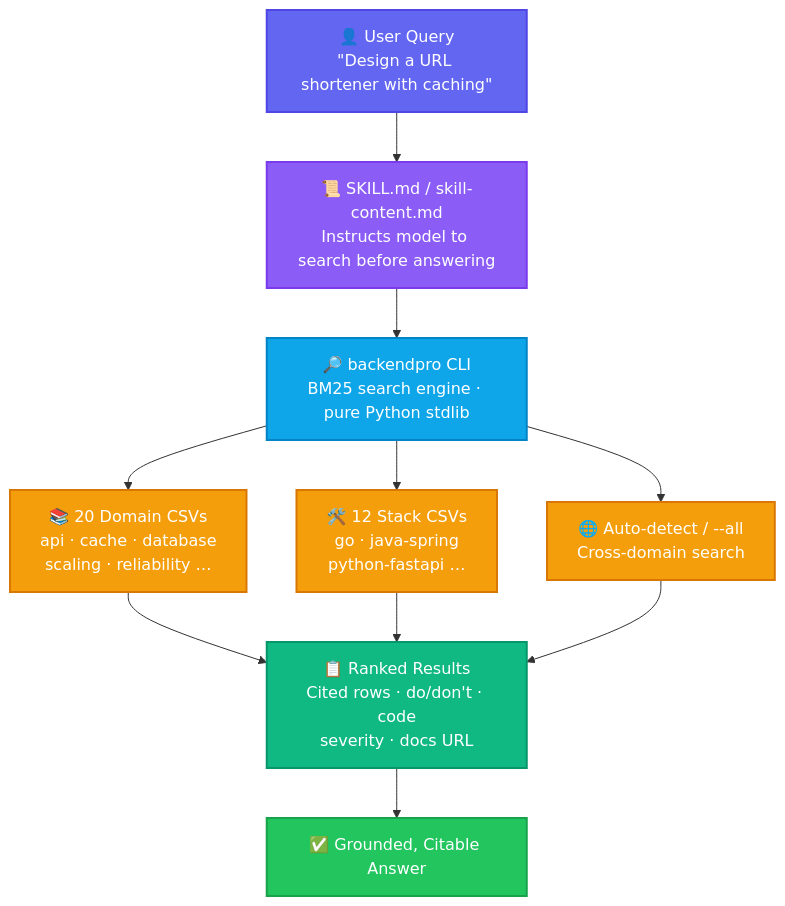
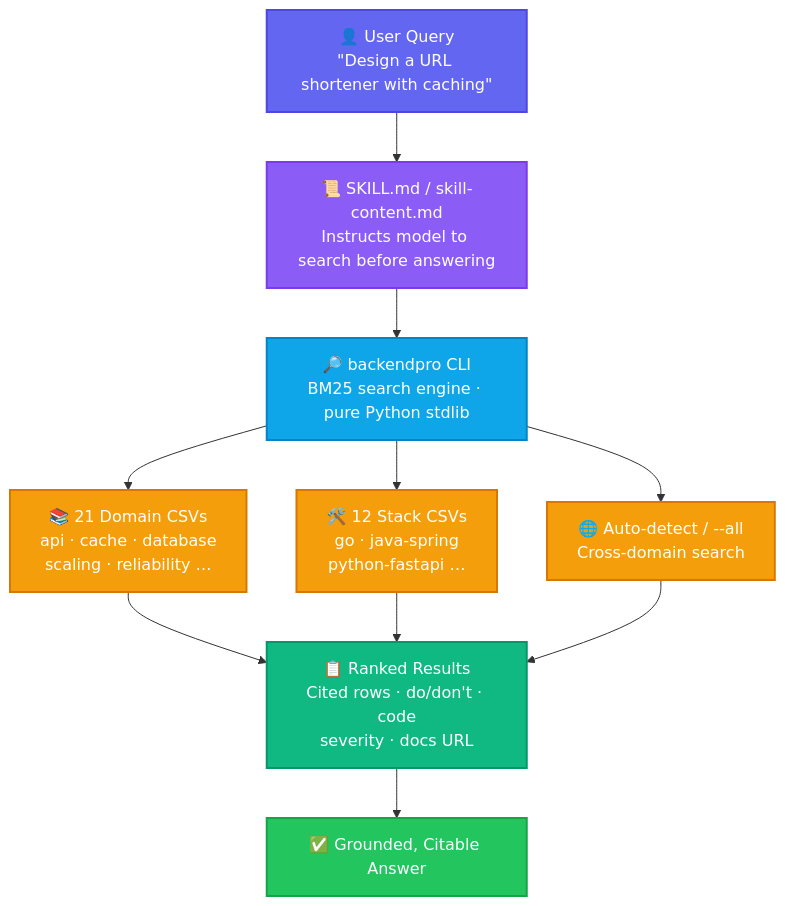
One commit to shashankswe2020-ux/backend-pro-max-skill changed the sixth of 6 diagrams in README.md. Above: the diagram before and after it, drawn with Mermaid. The commit also changed other lines of this file and 3 other files, not shown here.

````diff
--- a/README.md
+++ b/README.md
@@ -519,22 +524,22 @@
 ```mermaid
 flowchart TD
     U["👤 User Query\n&quot;Design a URL shortener with caching&quot;"]:::user
     S["📜 SKILL.md / skill-content.md\nInstructs model to search before answering"]:::skill
     C["🔎 backendpro CLI\nBM25 search engine · pure Python stdlib"]:::cli
-    D["📚 20 Domain CSVs\napi · cache · database\nscaling · reliability …"]:::data
+    D["📚 21 Domain CSVs\napi · cache · database\nscaling · reliability …"]:::data
     K["🛠️ 12 Stack CSVs\ngo · java-spring\npython-fastapi …"]:::data
     A["🌐 Auto-detect / --all\nCross-domain search"]:::data
     R["📋 Ranked Results\nCited rows · do/don't · code\nseverity · docs URL"]:::result
     G["✅ Grounded, Citable Answer"]:::answer
 
     U --> S --> C
     C --> D & K & A
     D & K & A --> R --> G
 
     classDef user     fill:#6366f1,color:#fff,stroke:#4f46e5,stroke-width:2px
     classDef skill    fill:#8b5cf6,color:#fff,stroke:#7c3aed,stroke-width:2px
     classDef cli      fill:#0ea5e9,color:#fff,stroke:#0284c7,stroke-width:2px
     classDef data     fill:#f59e0b,color:#fff,stroke:#d97706,stroke-width:2px
     classDef result   fill:#10b981,color:#fff,stroke:#059669,stroke-width:2px
     classDef answer   fill:#22c55e,color:#fff,stroke:#16a34a,stroke-width:2px
 ```
````
